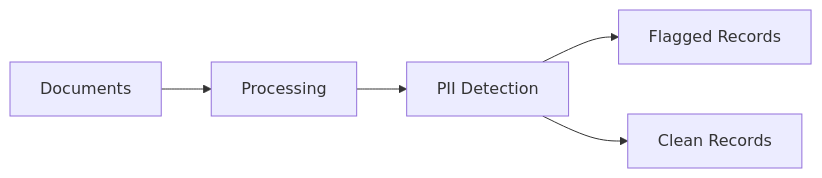
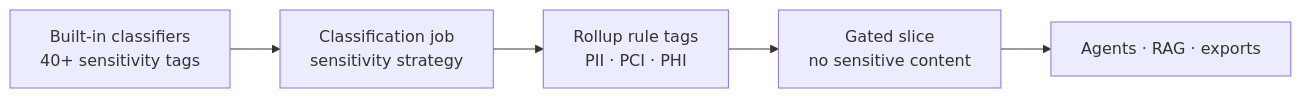
The diagram in cookbooks/pii-detection.mdx (Deasie-internal/deasy-docs), drawn with Mermaid before and after one commit. The commit also changed other lines of this file and 36 other files, not shown here.

````diff
--- a/cookbooks/pii-detection.mdx
+++ b/cookbooks/pii-detection.mdx
@@ -12,7 +16,7 @@
 ```mermaid
 flowchart LR
-    DOCS[Documents] --> PROC[Processing]
-    PROC --> PII[PII Detection]
-    PII --> FLAG[Flagged Records]
-    PII --> CLEAN[Clean Records]
+    CAT[Built-in classifiers<br/>40+ sensitivity tags] --> RUN[Classification job<br/>sensitivity strategy]
+    RUN --> ROLL[Rollup rule tags<br/>PII · PCI · PHI]
+    ROLL --> GATE[Gated slice<br/>no sensitive content]
+    GATE --> AI[Agents · RAG · exports]
 ```
````
